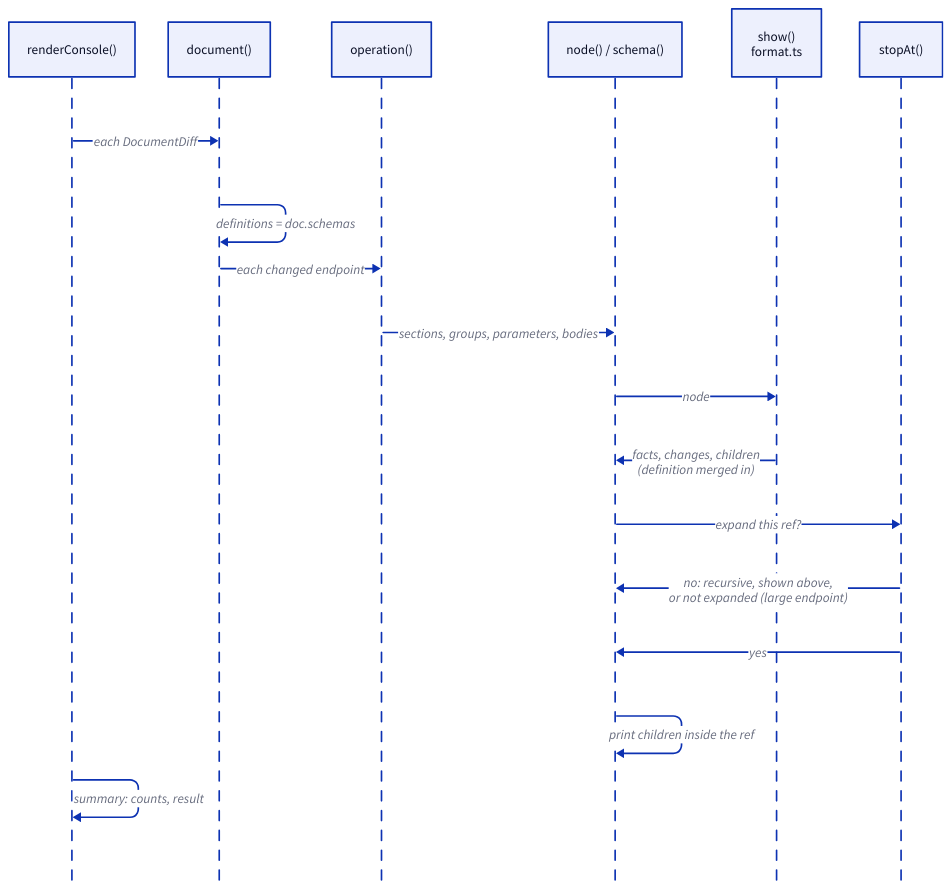
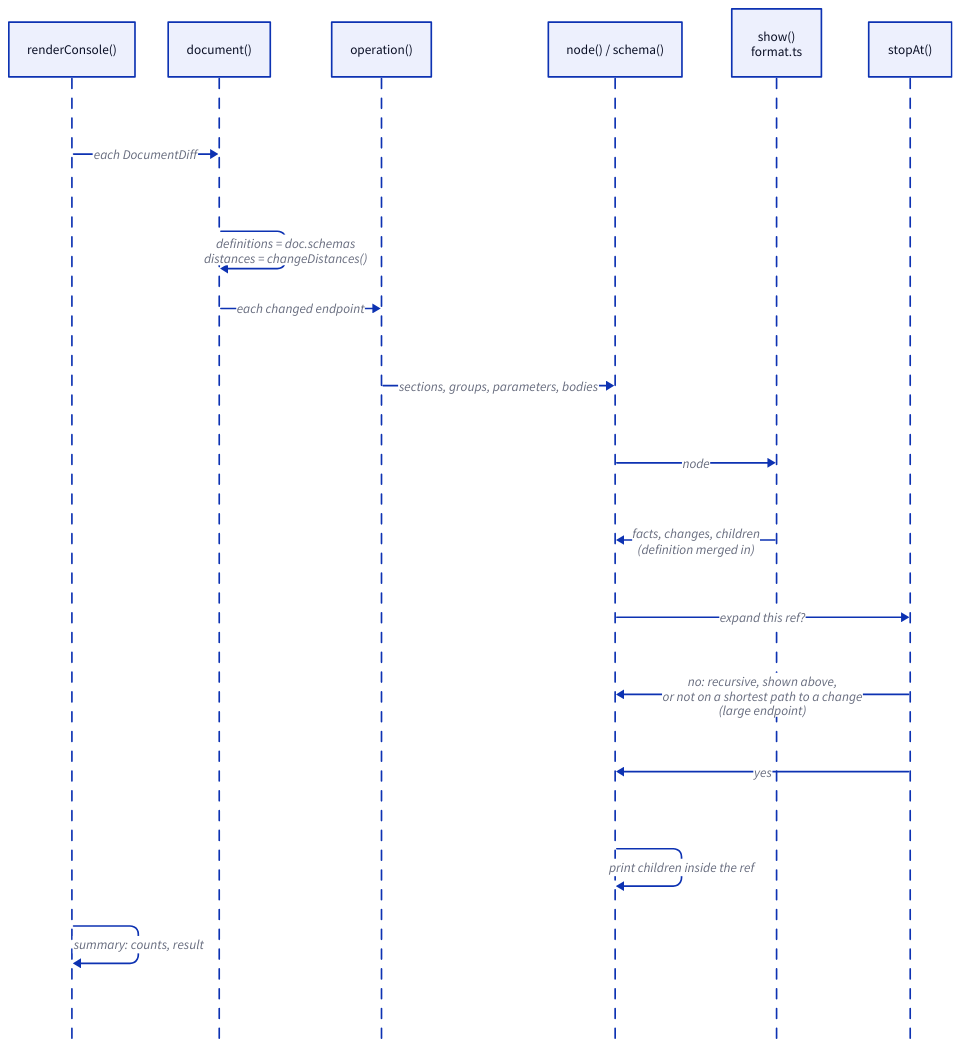
Before and after one commit to bcoughlan/locus: the diagram in docs/dev-guide/diagrams/sequence-render.d2, drawn with D2. The commit also changed 24 other files, not shown here.

First line of the commit message:
Review fixes for the reference model, and shortest paths in large endpoints

```diff
--- a/docs/dev-guide/diagrams/sequence-render.d2
+++ b/docs/dev-guide/diagrams/sequence-render.d2
@@ -1,20 +1,20 @@
 shape: sequence_diagram
 
 render: "renderConsole()"
 doc: "document()"
 op: "operation()"
 node: "node() / schema()"
 show: "show()\nformat.ts"
 guard: "stopAt()"
 
 render -> doc: "each DocumentDiff"
-doc -> doc: "definitions = doc.schemas"
+doc -> doc: "definitions = doc.schemas\ndistances = changeDistances()"
 doc -> op: "each changed endpoint"
 op -> node: "sections, groups, parameters, bodies"
 node -> show: "node"
 show -> node: "facts, changes, children\n(definition merged in)"
 node -> guard: "expand this ref?"
-guard -> node: "no: recursive, shown above,\nor not expanded (large endpoint)"
+guard -> node: "no: recursive, shown above,\nor not on a shortest path to a change\n(large endpoint)"
 guard -> node: "yes"
 node -> node: "print children inside the ref"
 render -> render: "summary: counts, result"
```
